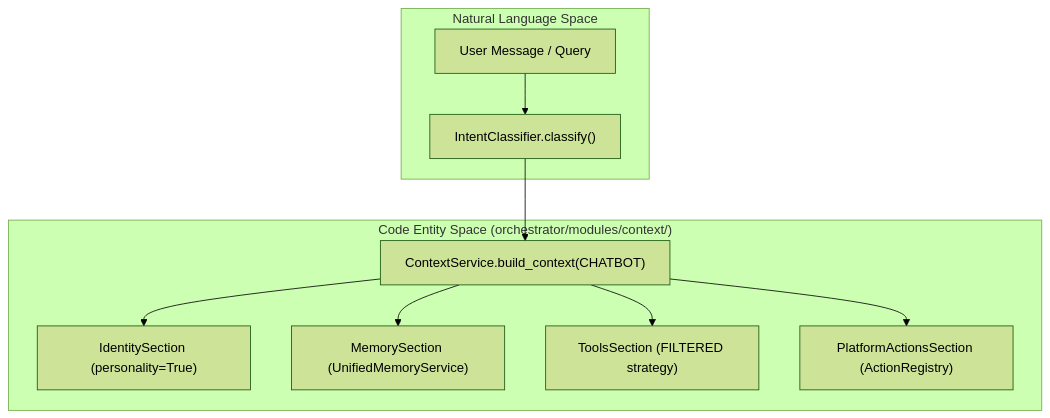
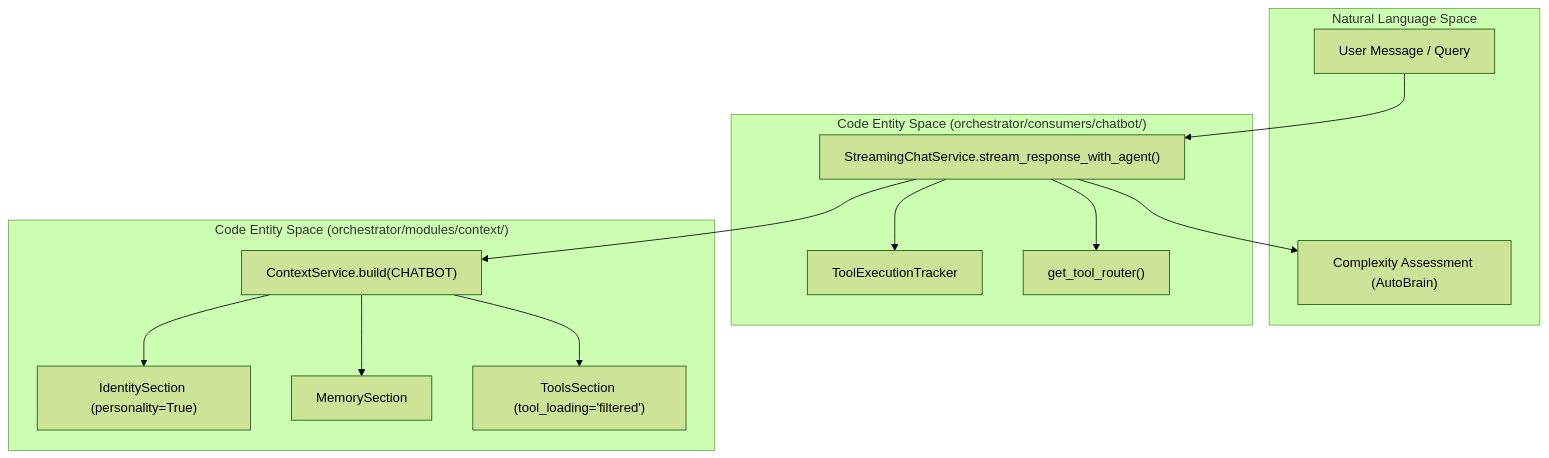
Before and after one commit to AutomatosAI/automatos-ai: the first of 2 diagrams in docs/context-service/migration-integration.md, drawn with Mermaid (forest theme). The commit also changed other lines of this file and 153 other files, not shown here.

````diff
--- a/docs/context-service/migration-integration.md
+++ b/docs/context-service/migration-integration.md
@@ -75,22 +85,29 @@
 ```mermaid
 graph TD
     subgraph "Natural Language Space"
         UserMsg["User Message / Query"]
-        Intent["IntentClassifier.classify()"]
+        Intent["Complexity Assessment (AutoBrain)"]
+    end
+
+    subgraph "Code Entity Space (orchestrator/consumers/chatbot/)"
+        SCS["StreamingChatService.stream_response_with_agent()"]
+        ToolTracker["ToolExecutionTracker"]
+        ToolRouter["get_tool_router()"]
     end
 
     subgraph "Code Entity Space (orchestrator/modules/context/)"
-        Svc["ContextService.build_context(CHATBOT)"]
+        CtxSvc["ContextService.build(CHATBOT)"]
         Identity["IdentitySection (personality=True)"]
-        Memory["MemorySection (UnifiedMemoryService)"]
-        Tools["ToolsSection (FILTERED strategy)"]
-        Platform["PlatformActionsSection (ActionRegistry)"]
+        Memory["MemorySection"]
+        Tools["ToolsSection (tool_loading='filtered')"]
     end
 
-    UserMsg --> Intent
-    Intent --> Svc
-    Svc --> Identity
-    Svc --> Memory
-    Svc --> Tools
-    Svc --> Platform
+    UserMsg --> SCS
+    SCS --> Intent
+    SCS --> CtxSvc
+    CtxSvc --> Identity
+    CtxSvc --> Memory
+    CtxSvc --> Tools
+    SCS --> ToolTracker
+    SCS --> ToolRouter
 ```
````
